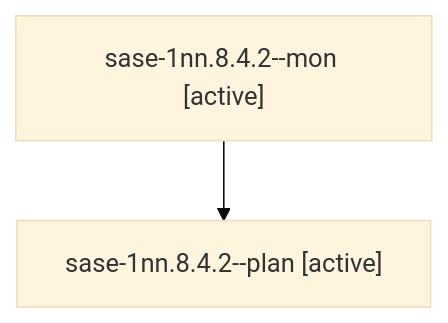
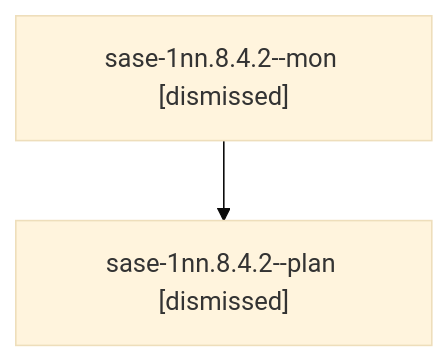
One commit to sase-org/sase--agents changed the diagram in sessions/bbugyi200.athena.sase-1nn.8.4.2.md. Above: the diagram before and after it, drawn with Mermaid (base theme). The commit also changed other lines of this file and 188 other files, not shown here.

````diff
--- a/sessions/bbugyi200.athena.sase-1nn.8.4.2.md
+++ b/sessions/bbugyi200.athena.sase-1nn.8.4.2.md
@@ -9,6 +9,6 @@
 ```mermaid
 flowchart TD
-  n0["sase-1nn.8.4.2--mon [active]"]
-  n1["sase-1nn.8.4.2--plan [active]"]
+  n0["sase-1nn.8.4.2--mon [dismissed]"]
+  n1["sase-1nn.8.4.2--plan [dismissed]"]
   n0 --> n1
 ```
````
